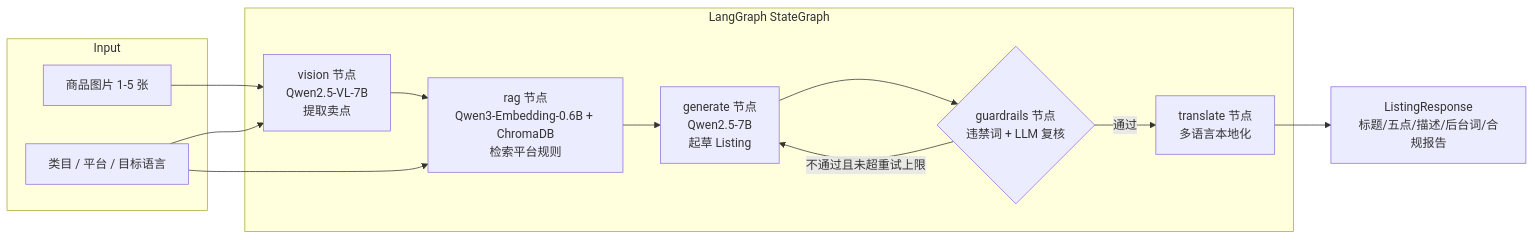
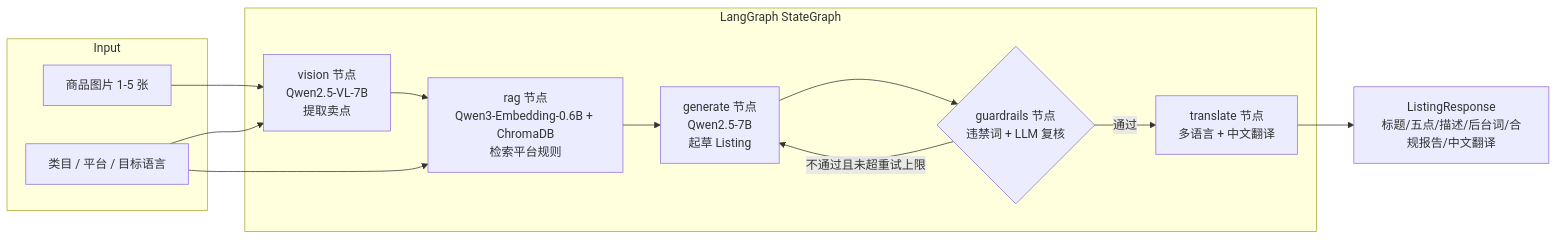
Before and after one commit to KDHR9100/CrossLister: the diagram in README.md, drawn with Mermaid. The commit also changed other lines of this file and 1 other file, not shown here.

````diff
--- a/README.md
+++ b/README.md
@@ -29,25 +31,25 @@
 ```mermaid
 flowchart LR
     subgraph Input
         IMG[商品图片 1-5 张]
         META[类目 / 平台 / 目标语言]
     end
 
     subgraph Graph[LangGraph StateGraph]
         V[vision 节点<br/>Qwen2.5-VL-7B<br/>提取卖点]
         R[rag 节点<br/>Qwen3-Embedding-0.6B + ChromaDB<br/>检索平台规则]
         G[generate 节点<br/>Qwen2.5-7B<br/>起草 Listing]
         C{guardrails 节点<br/>违禁词 + LLM 复核}
-        T[translate 节点<br/>多语言本地化]
+        T[translate 节点<br/>多语言 + 中文翻译]
     end
 
     IMG --> V
     META --> V
     V --> R
     META --> R
     R --> G
     G --> C
     C -- 不通过且未超重试上限 --> G
     C -- 通过 --> T
-    T --> OUT[ListingResponse<br/>标题/五点/描述/后台词/合规报告]
+    T --> OUT[ListingResponse<br/>标题/五点/描述/后台词/合规报告/中文翻译]
 ```
````
